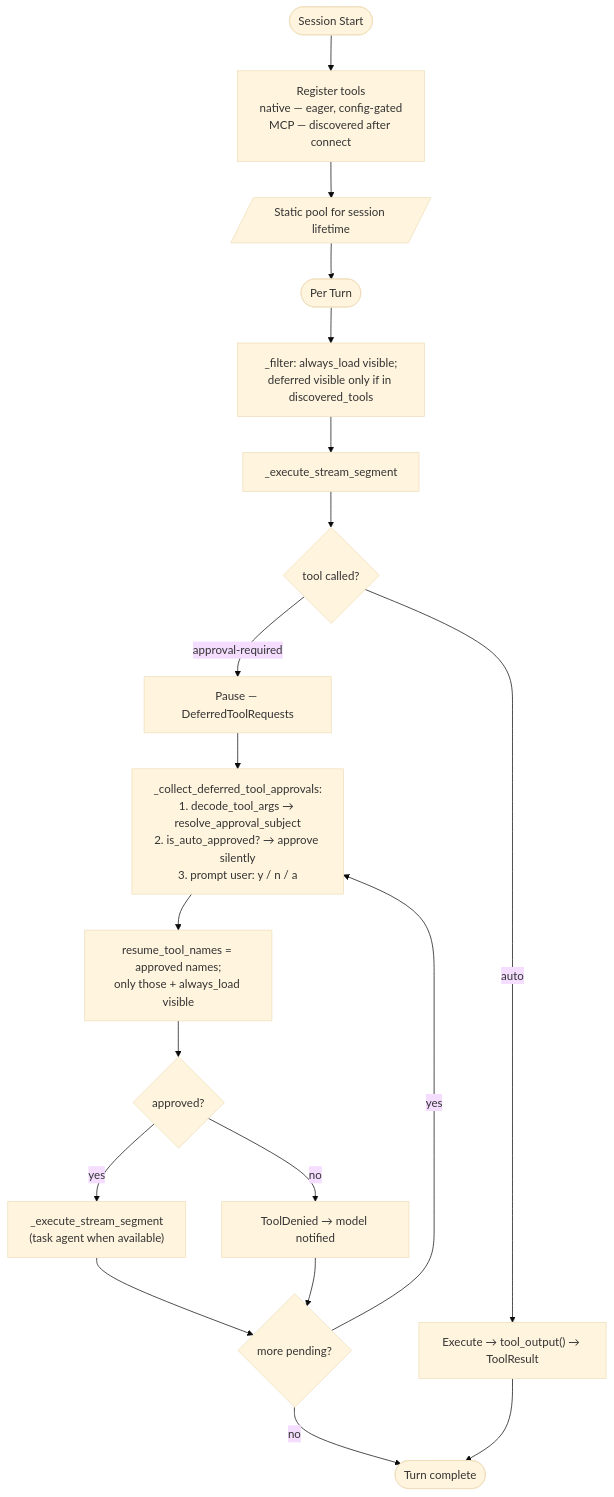
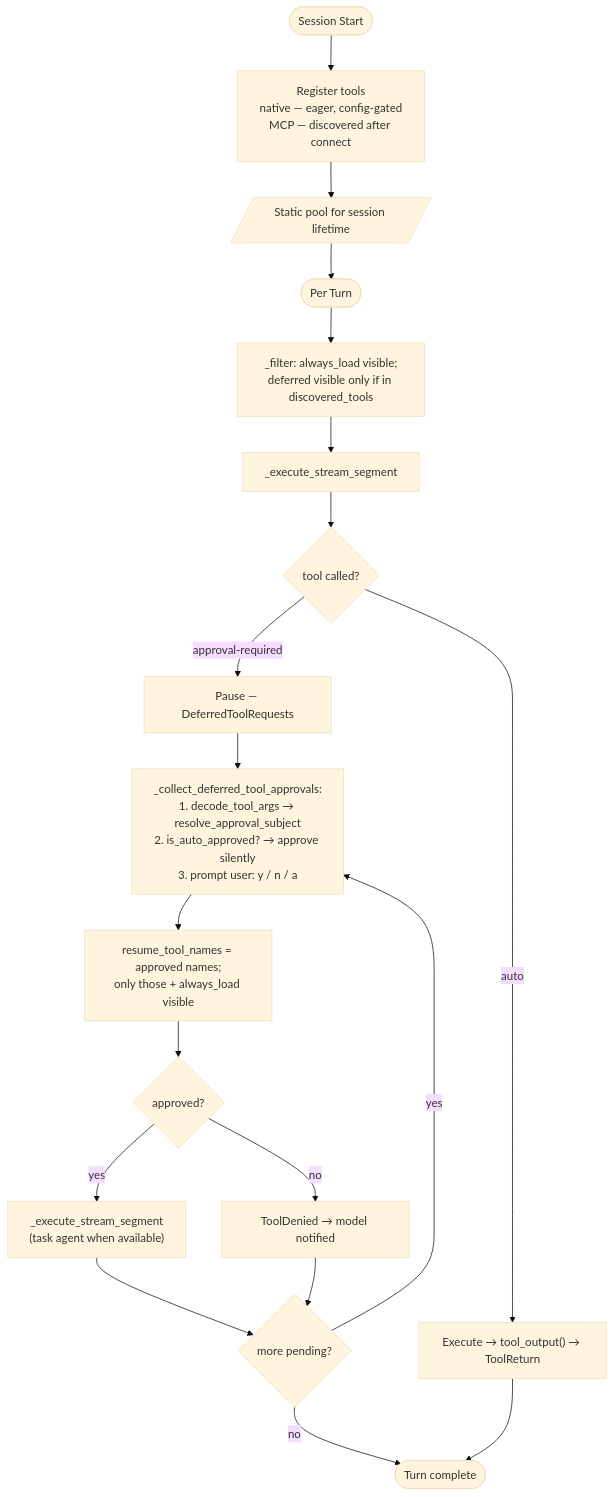
The diagram in docs/DESIGN-tools.md (binlecode/co-cli), drawn with Mermaid (base theme) before and after one commit. The commit also changed other lines of this file and 40 other files, not shown here.

First line of the commit message:
refactor: separate tool result display from model content via pydantic-ai ToolReturn

````diff
--- a/docs/DESIGN-tools.md
+++ b/docs/DESIGN-tools.md
@@ -82,25 +82,25 @@
 ```mermaid
 flowchart TD
     S([Session Start]) --> REG["Register tools\nnative — eager, config-gated\nMCP — discovered after connect"]
     REG --> POOL[/"Static pool for session lifetime"/]
 
     POOL --> TURN([Per Turn])
     TURN --> FILTER["_filter: always_load visible;\ndeferred visible only if in discovered_tools"]
     FILTER --> SEG[_execute_stream_segment]
     SEG --> T{tool called?}
 
-    T -->|auto| EX["Execute → tool_output() → ToolResult"]
+    T -->|auto| EX["Execute → tool_output() → ToolReturn"]
     T -->|approval-required| PAUSE["Pause — DeferredToolRequests"]
 
     PAUSE --> COLLECT["_collect_deferred_tool_approvals:\n1. decode_tool_args → resolve_approval_subject\n2. is_auto_approved? → approve silently\n3. prompt user: y / n / a"]
     COLLECT --> NARROW["resume_tool_names = approved names;\nonly those + always_load visible"]
     NARROW --> AP{approved?}
     AP -->|yes| RESUME["_execute_stream_segment\n(task agent when available)"]
     AP -->|no| DENY["ToolDenied → model notified"]
     RESUME --> MORE{more pending?}
     DENY --> MORE
     MORE -->|yes| COLLECT
     MORE -->|no| DONE
 
     EX --> DONE([Turn complete])
 ```
````
